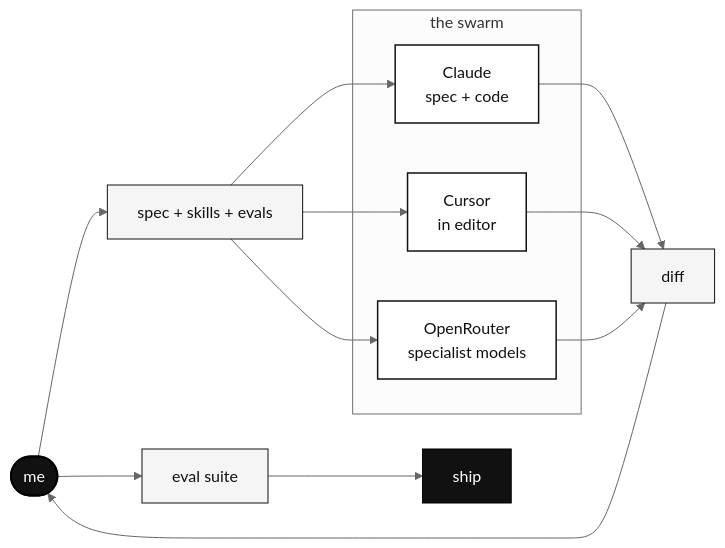
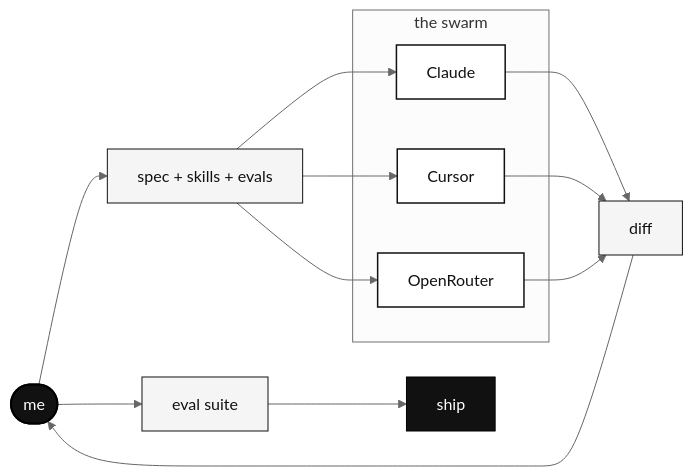
One commit to AbhiiGatty/AbhiiGatty changed the diagram in README.md. Above: the diagram before and after it, drawn with Mermaid (neutral theme). The commit also changed other lines of this file, not shown here.

Commit message:
PG pass 2: sharpen opener; clean up flowchart; trim a heading
- Lead with the surprising fact: senior backend engineer who barely
  writes code by hand anymore. The old opener buried this.
- Remove the tiny captions inside swarm-diagram boxes; the agent
  name alone carries the meaning.
- Rename the eval section heading from a long sentence into a
  question-shaped header: "How I Actually Pick Models".

````diff
--- a/README.md
+++ b/README.md
@@ -19,33 +21,33 @@
 ```mermaid
 flowchart LR
     Me([me])
     subgraph Agents[the swarm]
-      C[Claude<br/>spec + code]
-      K[Cursor<br/>in editor]
-      O[OpenRouter<br/>specialist models]
+      C[Claude]
+      K[Cursor]
+      O[OpenRouter]
     end
     Spec[spec + skills + evals]
     Diff[diff]
     Eval[eval suite]
     Ship[ship]
 
     Me --> Spec
     Spec --> C
     Spec --> K
     Spec --> O
     C --> Diff
     K --> Diff
     O --> Diff
     Diff --> Me
     Me --> Eval
     Eval --> Ship
 
     classDef me fill:#111111,stroke:#000,stroke-width:2px,color:#ffffff
     classDef agent fill:#ffffff,stroke:#111111,stroke-width:1.5px,color:#111111
     classDef artifact fill:#f5f5f5,stroke:#111111,stroke-width:1px,color:#111111
     classDef ship fill:#111111,stroke:#000,color:#ffffff
     class Me me
     class C,K,O agent
     class Spec,Diff,Eval artifact
     class Ship ship
 ```
````
